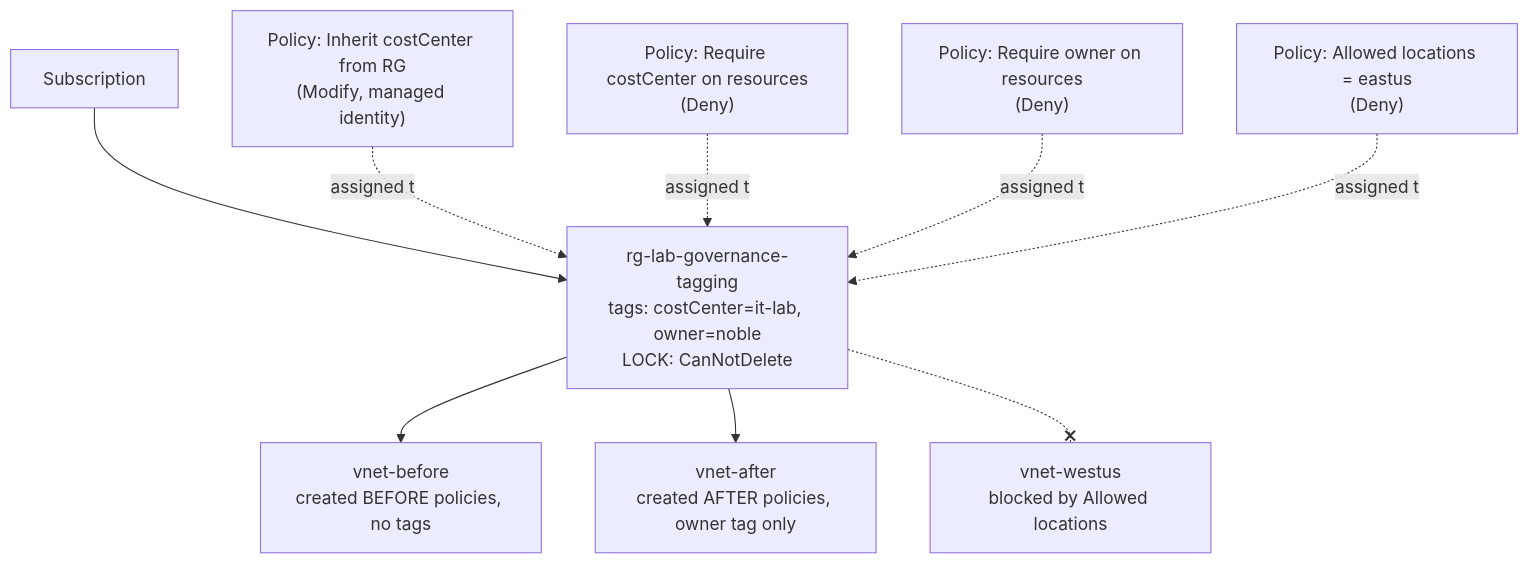
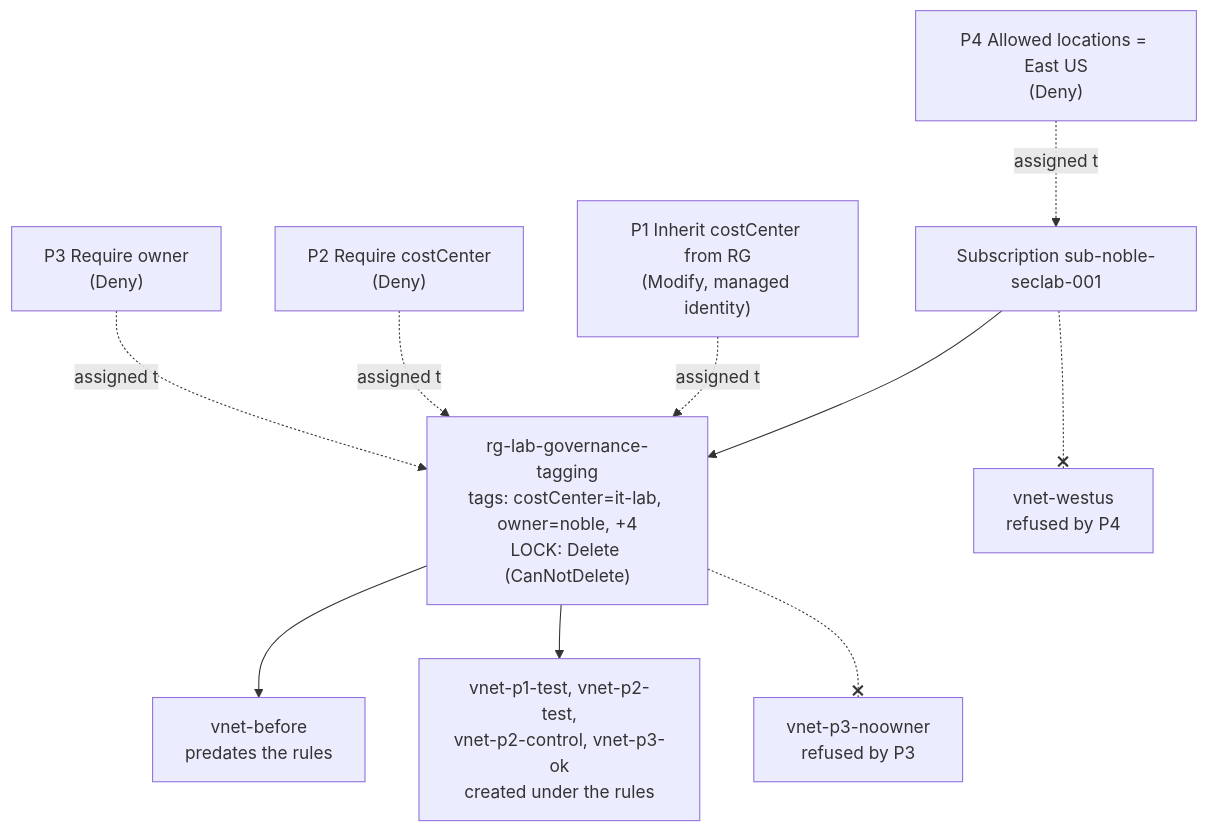
The diagram in 01-governance-tagging/README.md (noble-antwi/azure-labs), drawn with Mermaid before and after one commit. The commit also changed other lines of this file and 1 other file, not shown here.

Commit message:
Lab 01: diagrams show P4 at subscription scope and the test networks

````diff
--- a/01-governance-tagging/README.md
+++ b/01-governance-tagging/README.md
@@ -95,11 +95,12 @@
 ```mermaid
 graph TD
-  SUB[Subscription] --> RG["rg-lab-governance-tagging<br/>tags: costCenter=it-lab, owner=noble<br/>LOCK: CanNotDelete"]
-  P1["Policy: Inherit costCenter from RG<br/>(Modify, managed identity)"] -.assigned to.-> RG
-  P2["Policy: Require costCenter on resources<br/>(Deny)"] -.assigned to.-> RG
-  P3["Policy: Require owner on resources<br/>(Deny)"] -.assigned to.-> RG
-  P4["Policy: Allowed locations = eastus<br/>(Deny)"] -.assigned to.-> RG
-  RG --> V1["vnet-before<br/>created BEFORE policies, no tags"]
-  RG --> V2["vnet-after<br/>created AFTER policies, owner tag only"]
-  RG -.-x V3["vnet-westus<br/>blocked by Allowed locations"]
+  P4["P4 Allowed locations = East US<br/>(Deny)"] -.assigned to.-> SUB[Subscription sub-noble-seclab-001]
+  SUB --> RG["rg-lab-governance-tagging<br/>tags: costCenter=it-lab, owner=noble, +4<br/>LOCK: Delete (CanNotDelete)"]
+  P1["P1 Inherit costCenter from RG<br/>(Modify, managed identity)"] -.assigned to.-> RG
+  P2["P2 Require costCenter<br/>(Deny)"] -.assigned to.-> RG
+  P3["P3 Require owner<br/>(Deny)"] -.assigned to.-> RG
+  RG --> V1["vnet-before<br/>predates the rules"]
+  RG --> V2["vnet-p1-test, vnet-p2-test,<br/>vnet-p2-control, vnet-p3-ok<br/>created under the rules"]
+  RG -.-x V3["vnet-p3-noowner<br/>refused by P3"]
+  SUB -.-x V4["vnet-westus<br/>refused by P4"]
 ```
````
